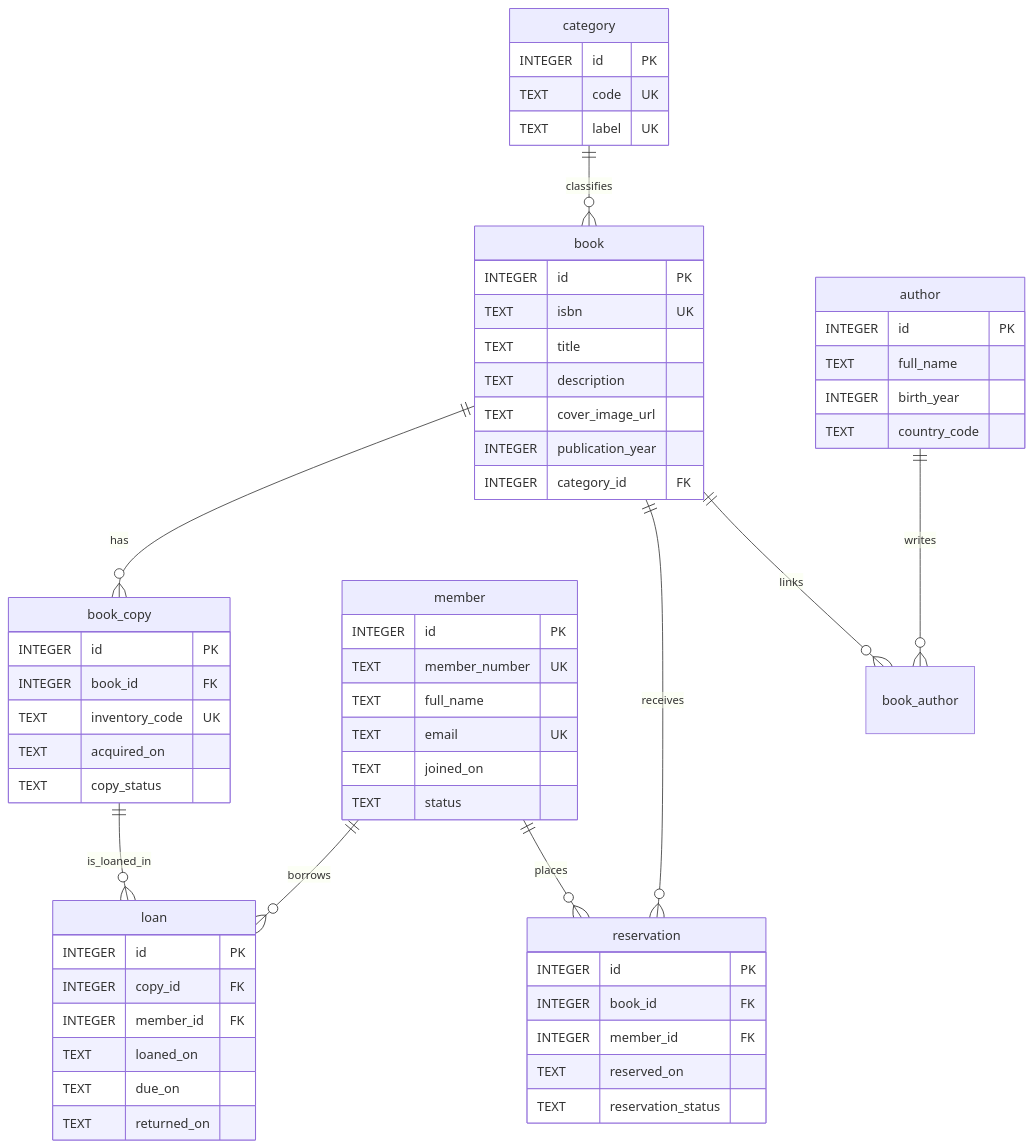
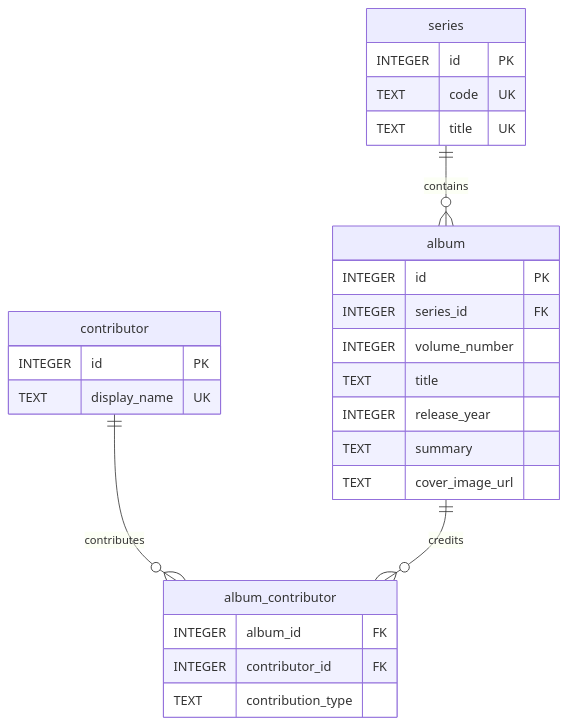
The diagram in docs/library-database.md (Raph8277/Workshop-MyAgents), drawn with Mermaid before and after one commit. The commit also changed other lines of this file and 19 other files, not shown here.

````diff
--- a/docs/library-database.md
+++ b/docs/library-database.md
@@ -40,68 +39,33 @@
 ```mermaid
 erDiagram
-    category ||--o{ book : classifies
-    book ||--o{ book_copy : has
-    book ||--o{ reservation : receives
-    member ||--o{ loan : borrows
-    member ||--o{ reservation : places
-    book_copy ||--o{ loan : is_loaned_in
-    book ||--o{ book_author : links
-    author ||--o{ book_author : writes
+    series ||--o{ album : contains
+    contributor ||--o{ album_contributor : contributes
+    album ||--o{ album_contributor : credits
 
-    author {
+    series {
         INTEGER id PK
-        TEXT full_name
-        INTEGER birth_year
-        TEXT country_code
+        TEXT code UK
+        TEXT title UK
     }
 
-    category {
+    contributor {
         INTEGER id PK
-        TEXT code UK
-        TEXT label UK
+        TEXT display_name UK
     }
 
-    member {
+    album {
         INTEGER id PK
-        TEXT member_number UK
-        TEXT full_name
-        TEXT email UK
-        TEXT joined_on
-        TEXT status
+        INTEGER series_id FK
+        INTEGER volume_number
+        TEXT title
+        INTEGER release_year
+        TEXT summary
+        TEXT cover_image_url
     }
 
-    book {
-        INTEGER id PK
-        TEXT isbn UK
-        TEXT title
-        TEXT description
-        TEXT cover_image_url
-        INTEGER publication_year
-        INTEGER category_id FK
-    }
-
-    book_copy {
-        INTEGER id PK
-        INTEGER book_id FK
-        TEXT inventory_code UK
-        TEXT acquired_on
-        TEXT copy_status
-    }
-
-    loan {
-        INTEGER id PK
-        INTEGER copy_id FK
-        INTEGER member_id FK
-        TEXT loaned_on
-        TEXT due_on
-        TEXT returned_on
-    }
-
-    reservation {
-        INTEGER id PK
-        INTEGER book_id FK
-        INTEGER member_id FK
-        TEXT reserved_on
-        TEXT reservation_status
+    album_contributor {
+        INTEGER album_id FK
+        INTEGER contributor_id FK
+        TEXT contribution_type
     }
 ```
````
